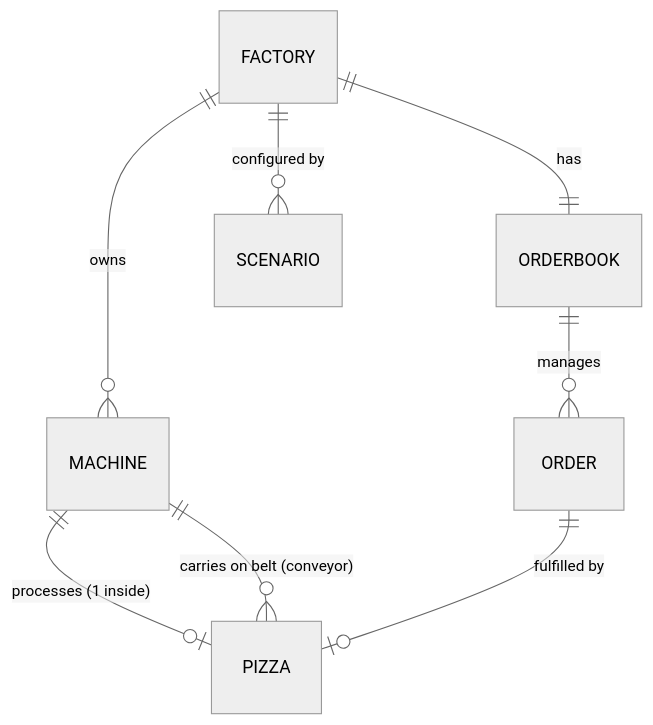
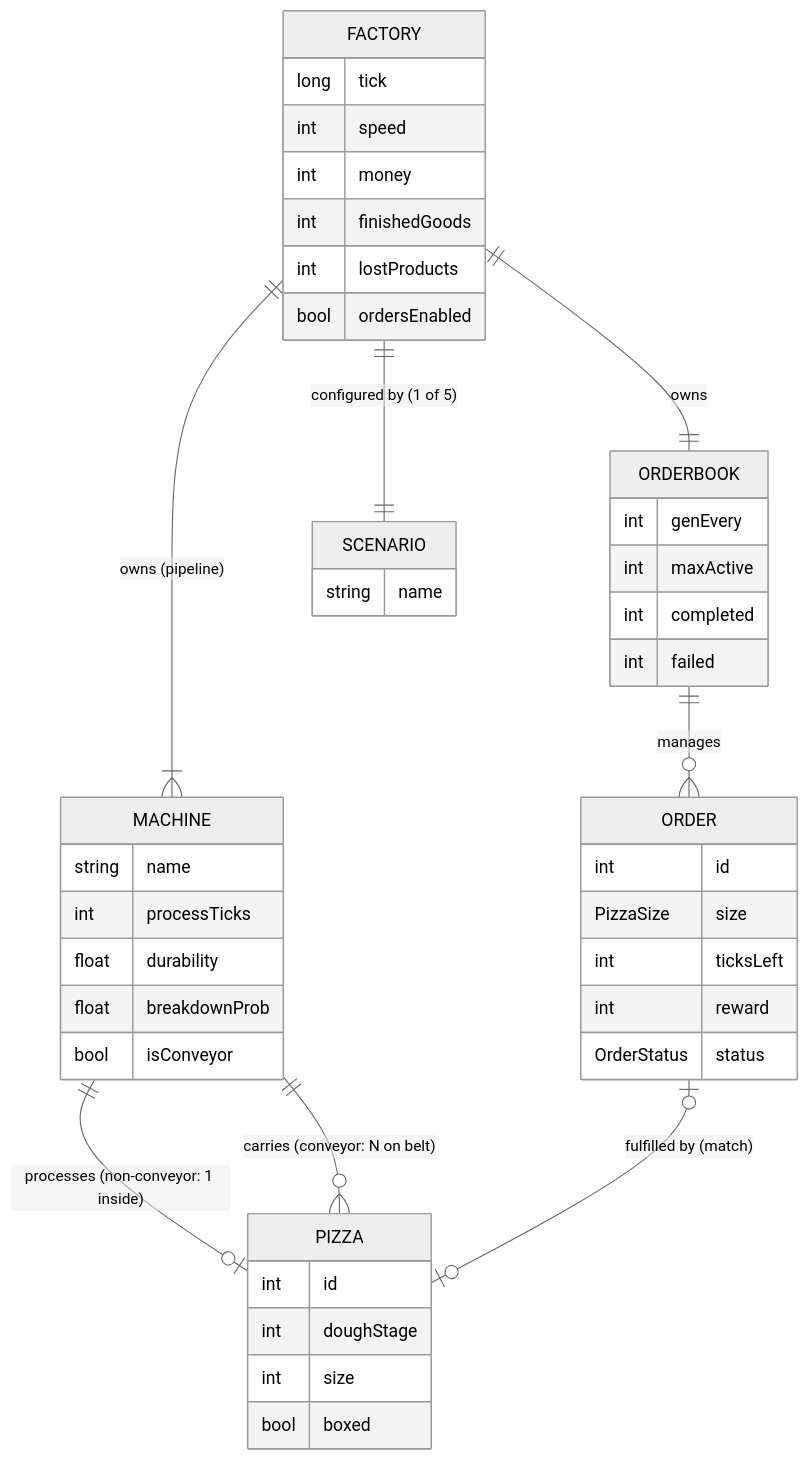
The second of 2 diagrams in DESIGN.md (sb-p-0x7/Zzapi), drawn with Mermaid (neutral theme) before and after one commit. The commit also changed other lines of this file, not shown here.

Commit message:
docs(DESIGN): expand ER diagram — entities, attributes, cardinality
- Add entity attribute blocks (Factory/Machine/Pizza/OrderBook/Order/Scenario).
- Tighten cardinality (Factory owns 1..N machines, 1 orderbook, 1 active scenario).
- Note orders/economy are game-mode only (FACTORY.ordersEnabled).

````diff
--- a/DESIGN.md
+++ b/DESIGN.md
@@ -230,10 +233,48 @@
 ```mermaid
 erDiagram
-    FACTORY   ||--o{ MACHINE  : owns
-    FACTORY   ||--|| ORDERBOOK : has
-    ORDERBOOK ||--o{ ORDER    : manages
-    MACHINE   ||--o| PIZZA    : "processes (1 inside)"
-    MACHINE   ||--o{ PIZZA    : "carries on belt (conveyor)"
-    ORDER     ||--o| PIZZA    : "fulfilled by"
-    FACTORY   ||--o{ SCENARIO : "configured by"
+    FACTORY   ||--|{ MACHINE   : "owns (pipeline)"
+    FACTORY   ||--|| ORDERBOOK : owns
+    FACTORY   ||--|| SCENARIO  : "configured by (1 of 5)"
+    ORDERBOOK ||--o{ ORDER     : manages
+    MACHINE   ||--o| PIZZA     : "processes (non-conveyor: 1 inside)"
+    MACHINE   ||--o{ PIZZA     : "carries (conveyor: N on belt)"
+    ORDER     |o--o| PIZZA     : "fulfilled by (match)"
+
+    FACTORY {
+        long tick
+        int  speed
+        int  money
+        int  finishedGoods
+        int  lostProducts
+        bool ordersEnabled
+    }
+    MACHINE {
+        string name
+        int    processTicks
+        float  durability
+        float  breakdownProb
+        bool   isConveyor
+    }
+    PIZZA {
+        int  id
+        int  doughStage
+        int  size
+        bool boxed
+    }
+    ORDERBOOK {
+        int genEvery
+        int maxActive
+        int completed
+        int failed
+    }
+    ORDER {
+        int         id
+        PizzaSize   size
+        int         ticksLeft
+        int         reward
+        OrderStatus status
+    }
+    SCENARIO {
+        string name
+    }
 ```
````
